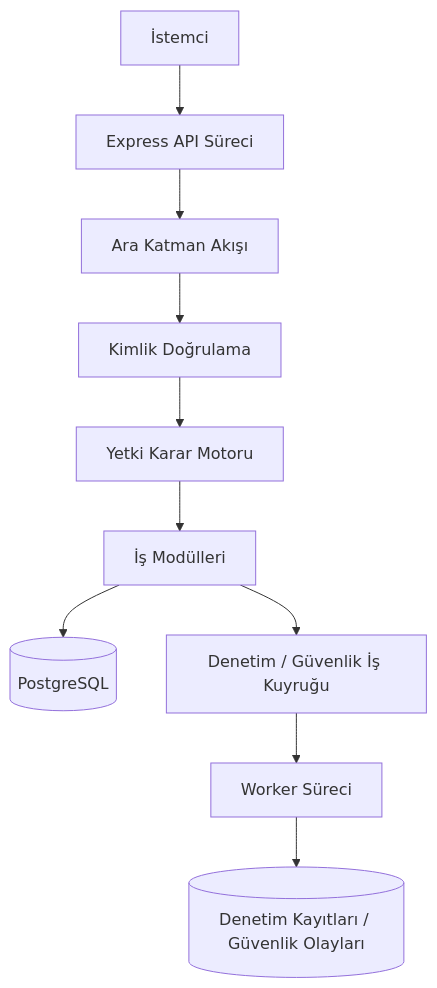
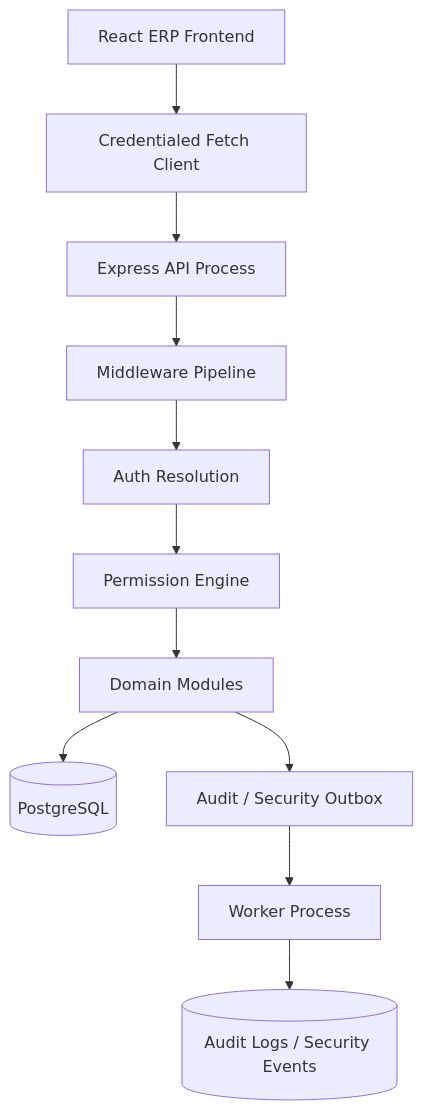
Before and after one commit to Mehmet-Aytac/enterprise-backend-foundation-case-study: the first of 2 diagrams in docs/tr/architecture-overview.md, drawn with Mermaid. The commit also changed other lines of this file, not shown here.

````diff
--- a/docs/tr/architecture-overview.md
+++ b/docs/tr/architecture-overview.md
@@ -30,12 +33,13 @@
 ```mermaid
 flowchart TD
-    Client[İstemci] --> API[Express API Süreci]
-    API --> Middleware[Ara Katman Akışı]
-    Middleware --> Auth[Kimlik Doğrulama]
-    Auth --> Permission[Yetki Karar Motoru]
-    Permission --> Modules[İş Modülleri]
+    Frontend[React ERP Frontend] --> Client[Credentialed Fetch Client]
+    Client --> API[Express API Process]
+    API --> Middleware[Middleware Pipeline]
+    Middleware --> Auth[Auth Resolution]
+    Auth --> Permission[Permission Engine]
+    Permission --> Modules[Domain Modules]
     Modules --> Database[(PostgreSQL)]
-    Modules --> Outbox[Denetim / Güvenlik İş Kuyruğu]
-    Outbox --> Worker[Worker Süreci]
-    Worker --> Audit[(Denetim Kayıtları / Güvenlik Olayları)]
+    Modules --> Outbox[Audit / Security Outbox]
+    Outbox --> Worker[Worker Process]
+    Worker --> Audit[(Audit Logs / Security Events)]
 ```
````
